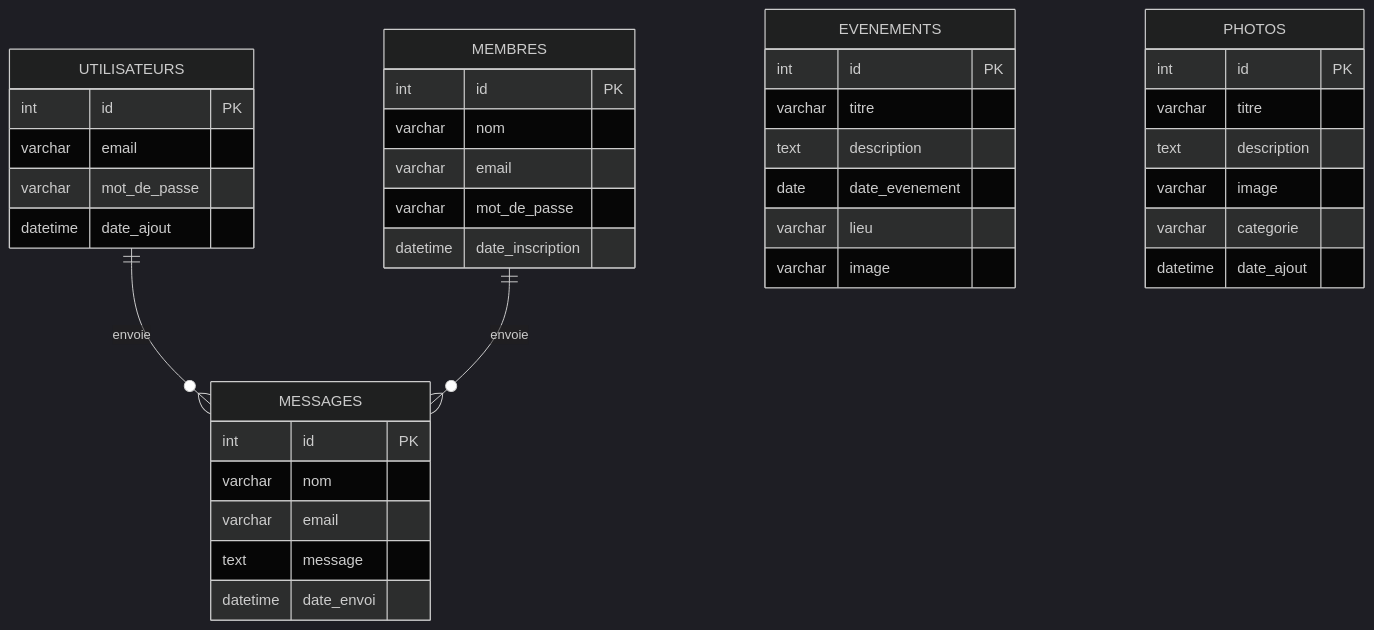
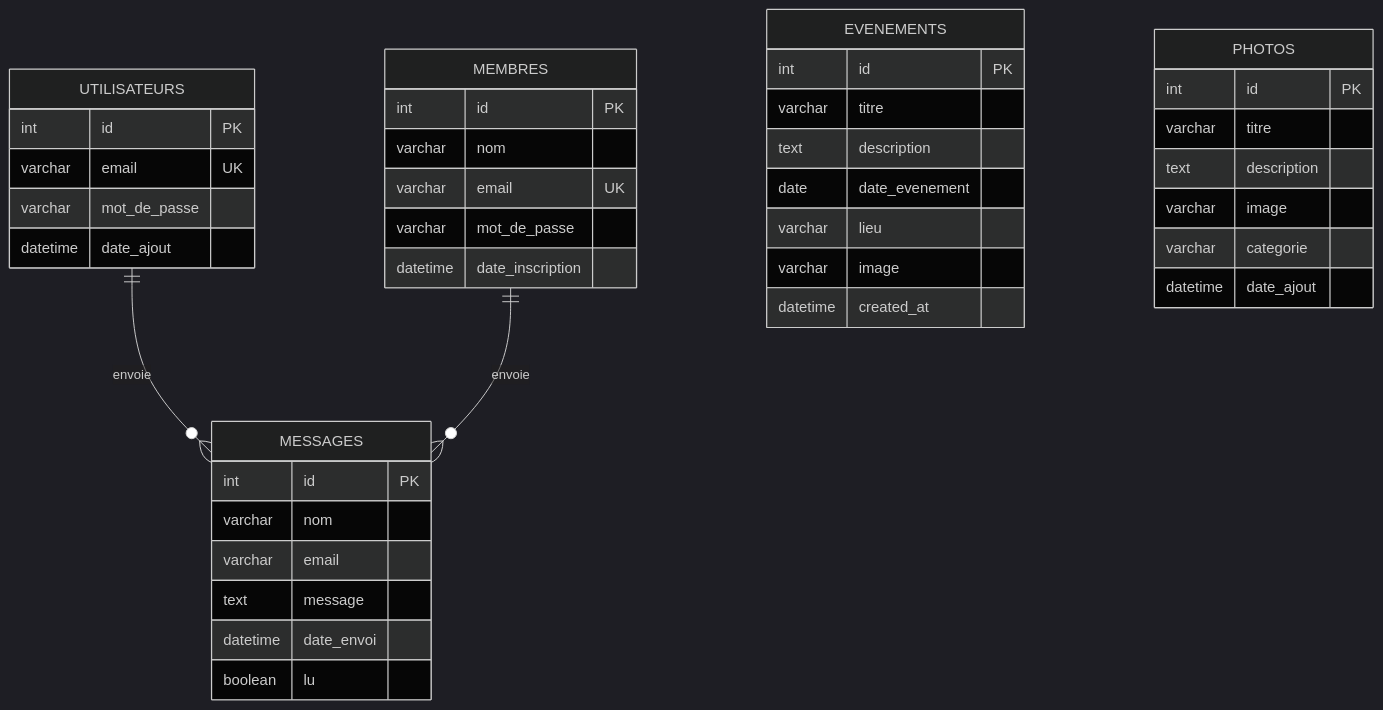
One commit to tanaa75/Aujourdhui-vers-demain-stage changed the diagram in README.md. Above: the diagram before and after it, drawn with Mermaid (dark theme). The commit also changed other lines of this file and 955 other files, not shown here.

````diff
--- a/README.md
+++ b/README.md
@@ -229,46 +339,48 @@
 ```mermaid
 erDiagram
     UTILISATEURS ||--o{ MESSAGES : envoie
     MEMBRES ||--o{ MESSAGES : envoie
     
     UTILISATEURS {
         int id PK
-        varchar email
+        varchar email UK
         varchar mot_de_passe
         datetime date_ajout
     }
     
     MEMBRES {
         int id PK
         varchar nom
-        varchar email
+        varchar email UK
         varchar mot_de_passe
         datetime date_inscription
     }
     
     EVENEMENTS {
         int id PK
         varchar titre
         text description
         date date_evenement
         varchar lieu
         varchar image
+        datetime created_at
     }
     
     PHOTOS {
         int id PK
         varchar titre
         text description
         varchar image
         varchar categorie
         datetime date_ajout
     }
     
     MESSAGES {
         int id PK
         varchar nom
         varchar email
         text message
         datetime date_envoi
+        boolean lu
     }
 ```
````
